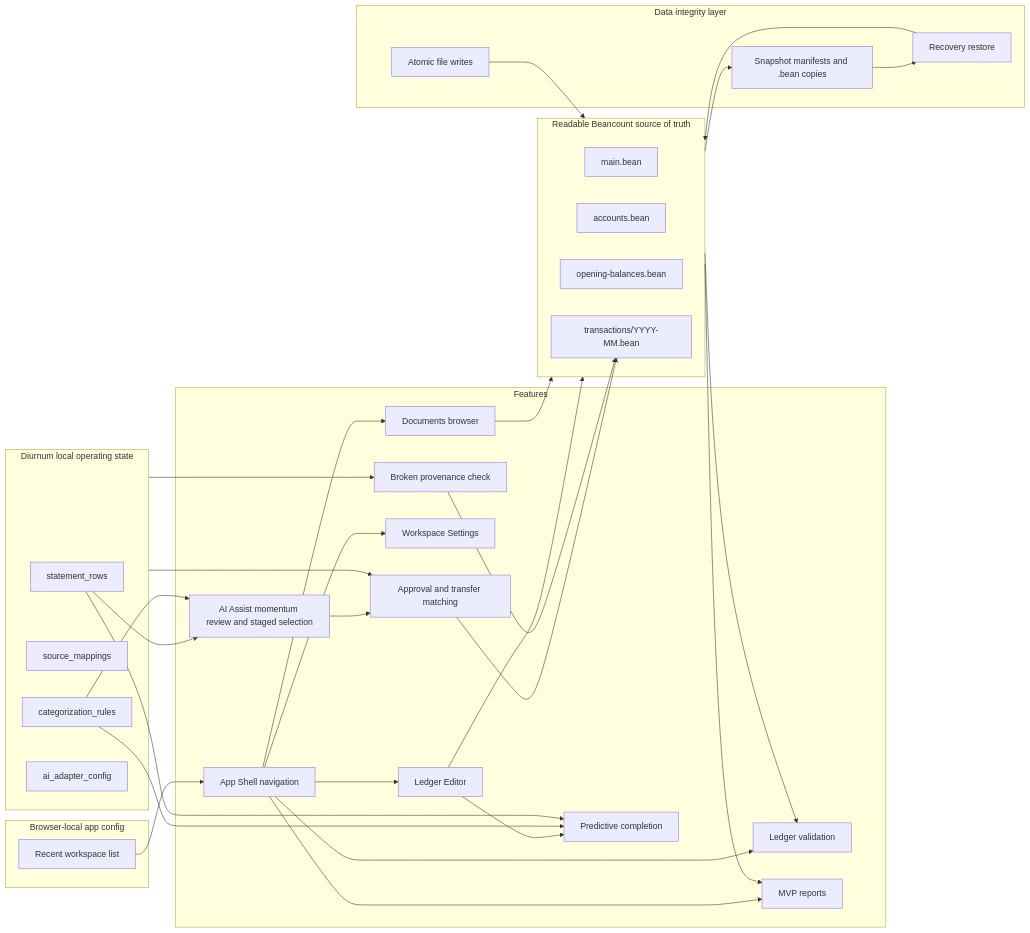
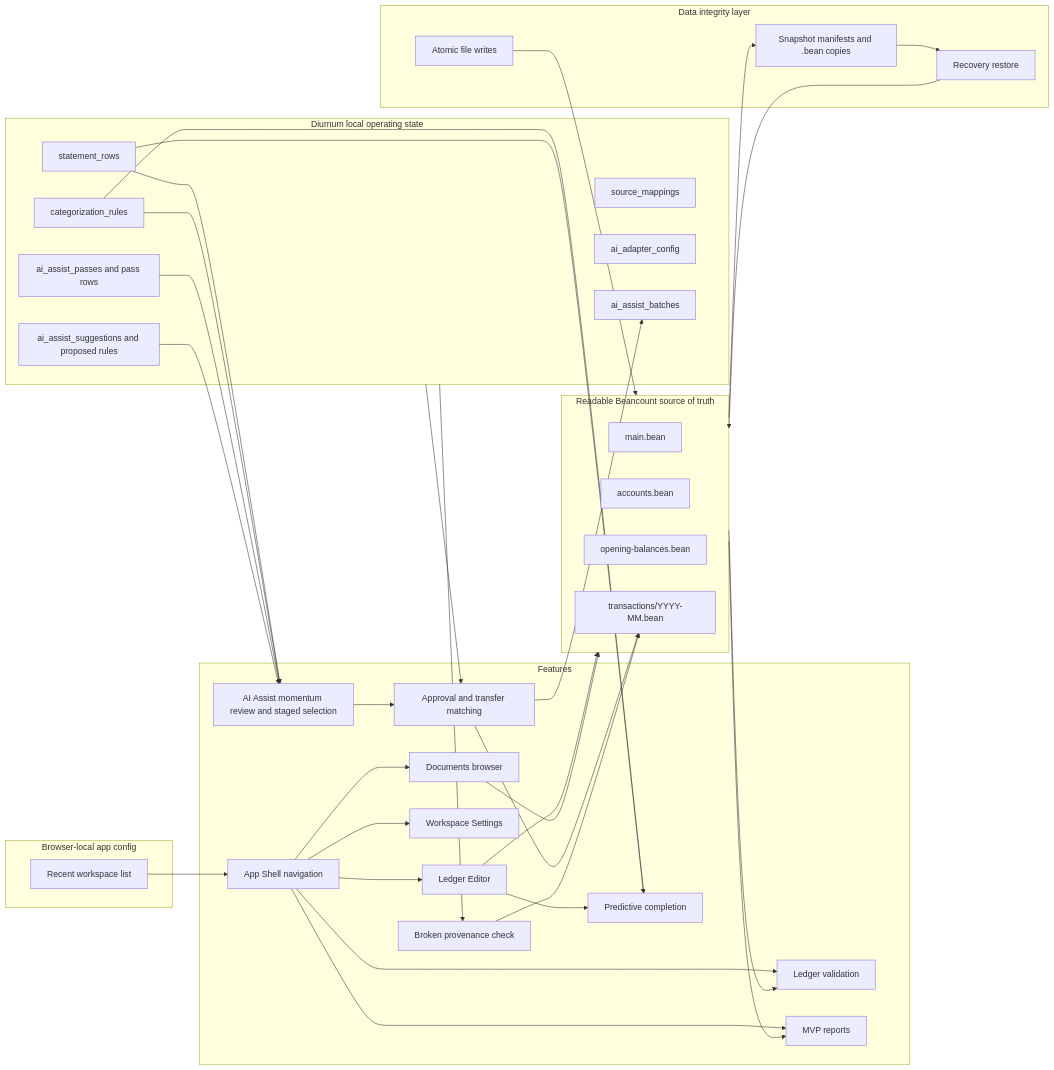
Before and after one commit to Diurnum-Dev/Diurnum: the fourth of 5 diagrams in docs/architecture.md, drawn with Mermaid. The commit also changed other lines of this file and 1 other file, not shown here.

Commit message:
docs(ai-assist): reference adapter and architecture updates

````diff
--- a/docs/architecture.md
+++ b/docs/architecture.md
@@ -194,64 +243,70 @@
 ```mermaid
 flowchart LR
   subgraph LedgerFiles[Readable Beancount source of truth]
     Main[main.bean]
     Accounts[accounts.bean]
     Opening[opening-balances.bean]
     Monthly[transactions/YYYY-MM.bean]
   end
 
   subgraph SQLite[Diurnum local operating state]
     Rows[statement_rows]
     Mappings[source_mappings]
     Rules[categorization_rules]
     Adapter[ai_adapter_config]
+    AiPasses[ai_assist_passes and pass rows]
+    AiSuggestions[ai_assist_suggestions and proposed rules]
+    AiBatches[ai_assist_batches]
   end
 
   subgraph AppConfig[Browser-local app config]
     Recents[Recent workspace list]
   end
 
   subgraph Features[Features]
     Shell[App Shell navigation]
     Editor[Ledger Editor]
     Completion[Predictive completion]
     Documents[Documents browser]
     Settings[Workspace Settings]
     Validation[Ledger validation]
     Approval[Approval and transfer matching]
     AiReview[AI Assist momentum review and staged selection]
     Provenance[Broken provenance check]
     Reports[MVP reports]
   end
 
   subgraph Integrity[Data integrity layer]
     Atomic[Atomic file writes]
     Snapshots[Snapshot manifests and .bean copies]
     Recovery[Recovery restore]
   end
 
   LedgerFiles --> Validation
   LedgerFiles --> Reports
   SQLite --> Approval
   Rows --> AiReview
   Rules --> AiReview
+  AiPasses --> AiReview
+  AiSuggestions --> AiReview
   AiReview --> Approval
+  Approval --> AiBatches
   SQLite --> Provenance
   Recents --> Shell
   Shell --> Editor
   Shell --> Documents
   Shell --> Settings
   Editor --> Completion
   Editor --> LedgerFiles
   Rules --> Completion
   Rows --> Completion
   Documents --> LedgerFiles
   Shell --> Validation
   Shell --> Reports
   Atomic --> LedgerFiles
   LedgerFiles --> Snapshots
   Snapshots --> Recovery
   Recovery --> LedgerFiles
   Approval --> Monthly
   Provenance --> Monthly
 ```
````
